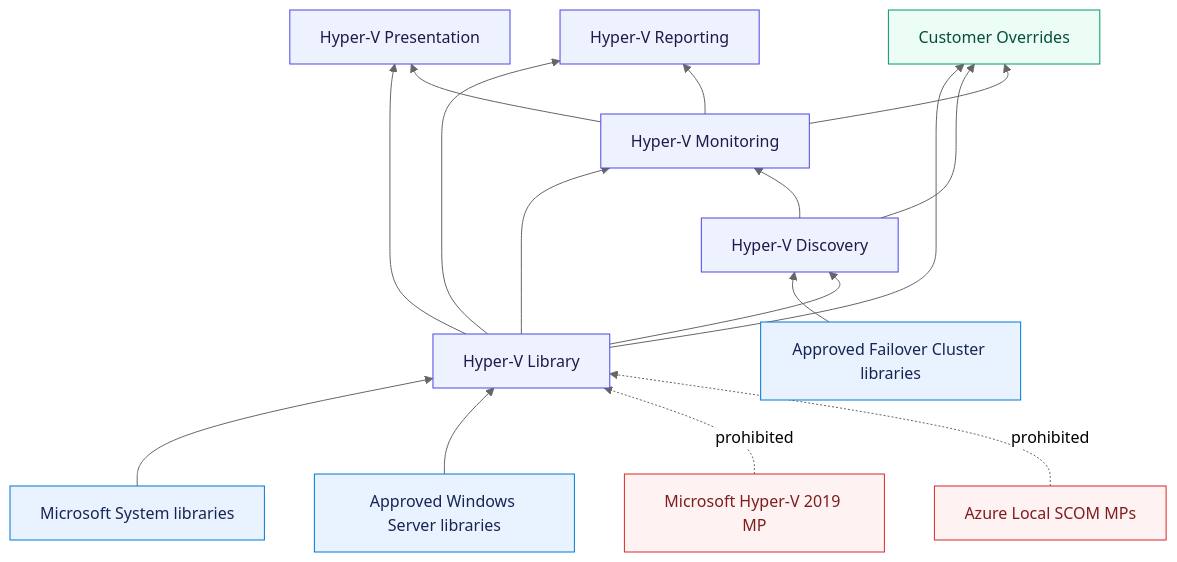
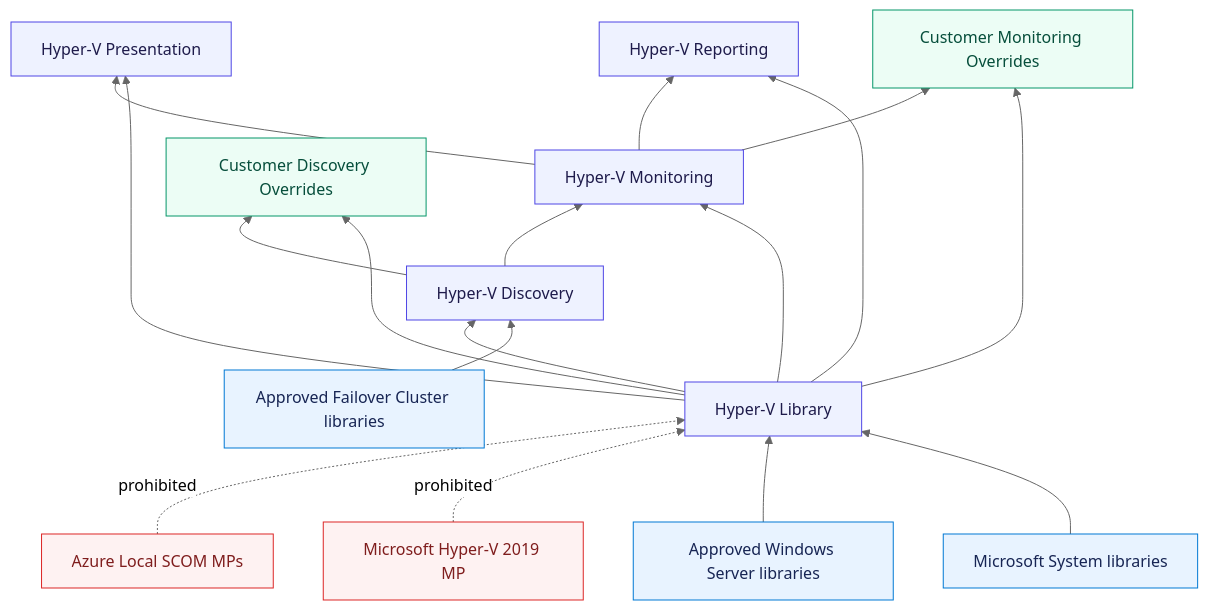
The first of 4 diagrams in docs/design/hyper-v/management-pack-structure.md (AzureLocal/azurelocal-scom-mp), drawn with Mermaid (neutral theme) before and after one commit. The commit also changed other lines of this file and 43 other files, not shown here.

````diff
--- a/docs/design/hyper-v/management-pack-structure.md
+++ b/docs/design/hyper-v/management-pack-structure.md
@@ -33,28 +34,29 @@
 ```mermaid
 flowchart BT
     SYS[Microsoft System libraries] --> LIB[Hyper-V Library]
     WIN[Approved Windows Server libraries] --> LIB
     CLU[Approved Failover Cluster libraries] --> DISC[Hyper-V Discovery]
     LIB --> DISC
     LIB --> MON[Hyper-V Monitoring]
     DISC --> MON
     LIB --> PRES[Hyper-V Presentation]
     MON --> PRES
     LIB --> REPORT[Hyper-V Reporting]
     MON --> REPORT
-    LIB --> OVR[Customer Overrides]
-    DISC --> OVR
-    MON --> OVR
+    LIB --> DOVR[Customer Discovery Overrides]
+    DISC --> DOVR
+    LIB --> MOVR[Customer Monitoring Overrides]
+    MON --> MOVR
 
     LEGACY[Microsoft Hyper-V 2019 MP] -. prohibited .-> LIB
     AZL[Azure Local SCOM MPs] -. prohibited .-> LIB
 
     classDef microsoft fill:#e8f3ff,stroke:#0078d4,color:#172554
     classDef product fill:#eef2ff,stroke:#4f46e5,color:#1e1b4b
     classDef customer fill:#ecfdf5,stroke:#059669,color:#064e3b
     classDef blocked fill:#fef2f2,stroke:#dc2626,color:#7f1d1d
     class SYS,WIN,CLU microsoft
     class LIB,DISC,MON,PRES,REPORT product
-    class OVR customer
+    class DOVR,MOVR customer
     class LEGACY,AZL blocked
 ```
````
